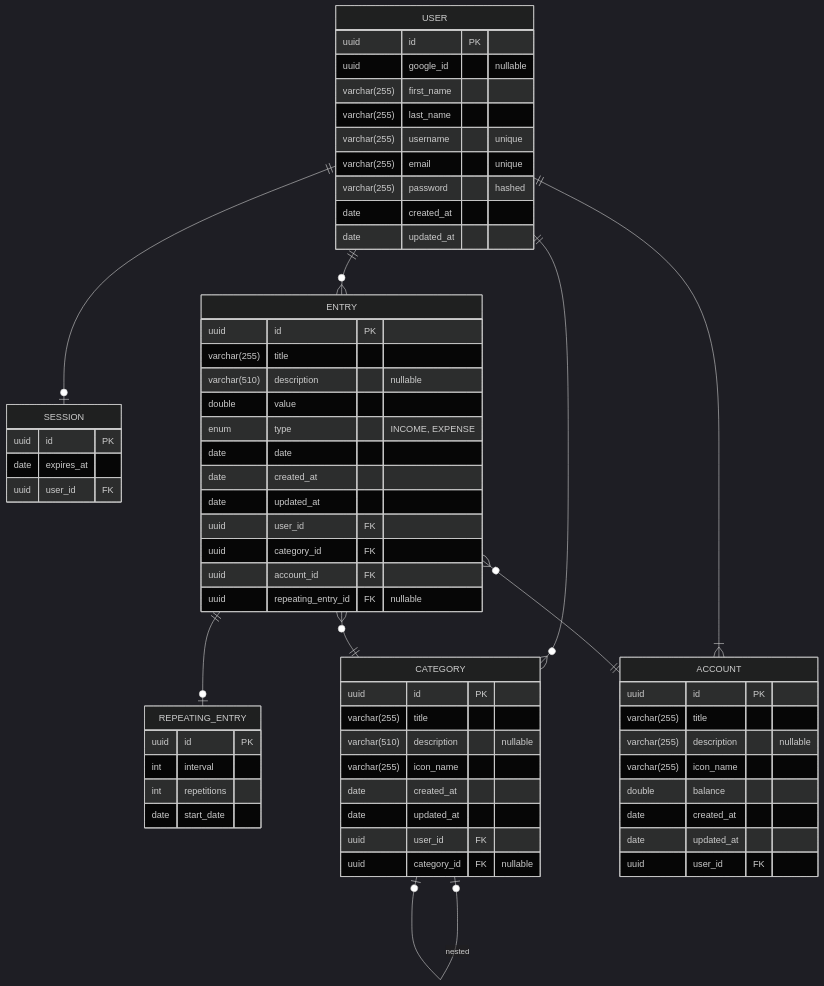
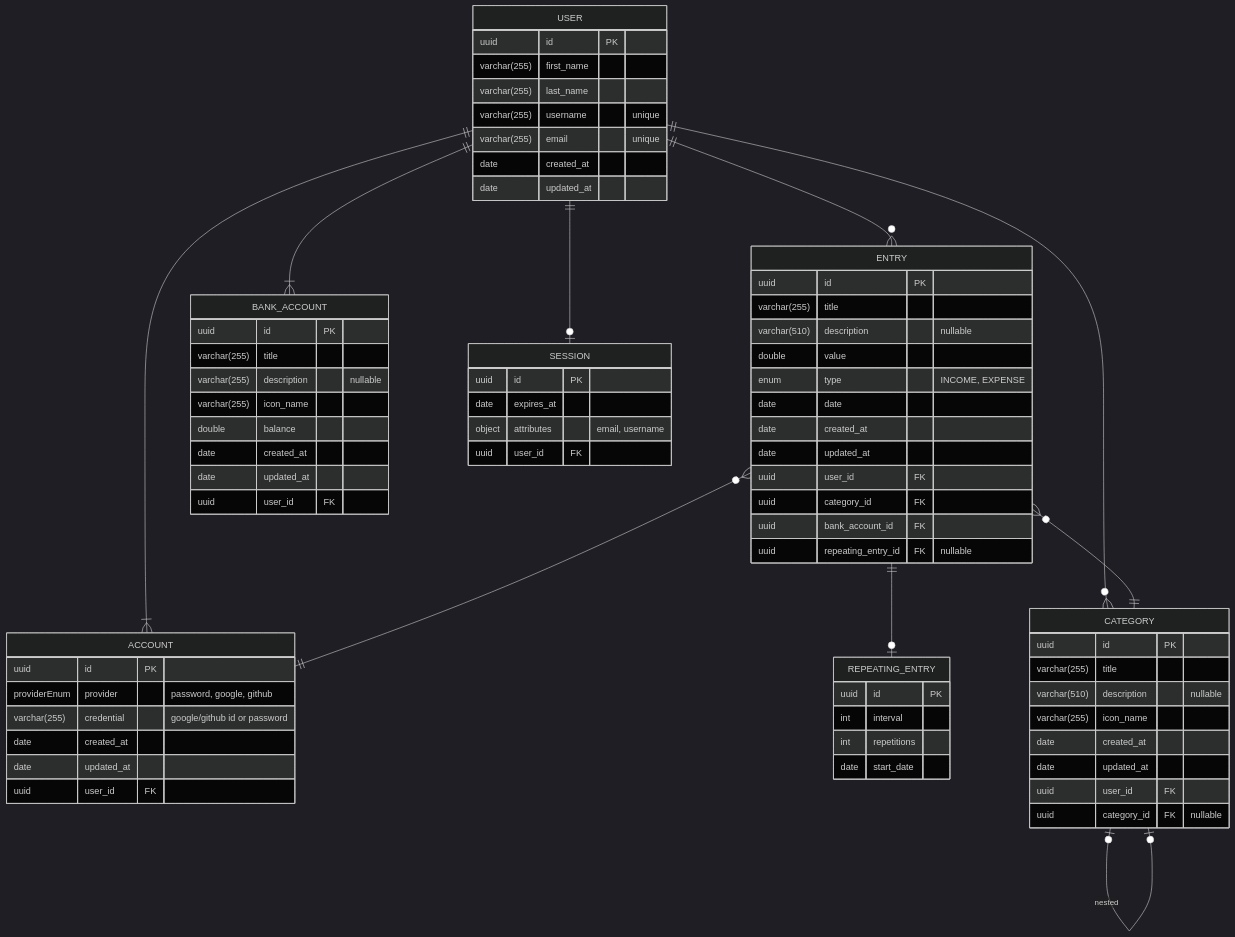
Before and after one commit to CaueMaldonadoLima/Manett: the diagram in docs/entity-relationship.md, drawn with Mermaid. The commit also changed 14 other files, not shown here.

First line of the commit message:
feat: move session to redis + separate user and account

```diff
--- a/docs/entity-relationship.md
+++ b/docs/entity-relationship.md
@@ -6,23 +6,24 @@
 
     USER {
         uuid id PK
-        uuid google_id "nullable"
         varchar(255) first_name
         varchar(255) last_name
         varchar(255) username "unique"
         varchar(255) email "unique"
-        varchar(255) password "hashed"
         date created_at
         date updated_at
     }
 
-    %% created by lucia auth
-    SESSION {
+    ACCOUNT {
         uuid id PK
-        date expires_at
+        providerEnum provider "password, google, github"
+        varchar(255) credential "google/github id or password"
+        date created_at
+        date updated_at
 
         uuid user_id FK
     }
+
 
     ENTRY {
         uuid id PK
@@ -36,7 +37,7 @@
 
         uuid user_id FK
         uuid category_id FK
-        uuid account_id FK
+        uuid bank_account_id FK
         uuid repeating_entry_id FK "nullable"
     }
 
@@ -63,7 +64,7 @@
         uuid category_id FK "nullable"
     }
 
-    ACCOUNT {
+    BANK_ACCOUNT {
         uuid id PK
         varchar(255) title
         varchar(255) description "nullable"
@@ -75,10 +76,20 @@
         uuid user_id FK
     }
 
+    %% stored in redis for speed purposes
+    SESSION {
+        uuid id PK
+        date expires_at
+        object attributes "email, username"
+
+        uuid user_id FK
+    }
+
 
     USER 1 to 0+ ENTRY : ""
     USER 1 to one or zero SESSION : ""
     USER 1 to 0+ CATEGORY : ""
+    USER 1 to 1+ BANK_ACCOUNT : ""
     USER 1 to 1+ ACCOUNT : ""
 
     CATEGORY one or zero to one or zero CATEGORY : "nested"
```
